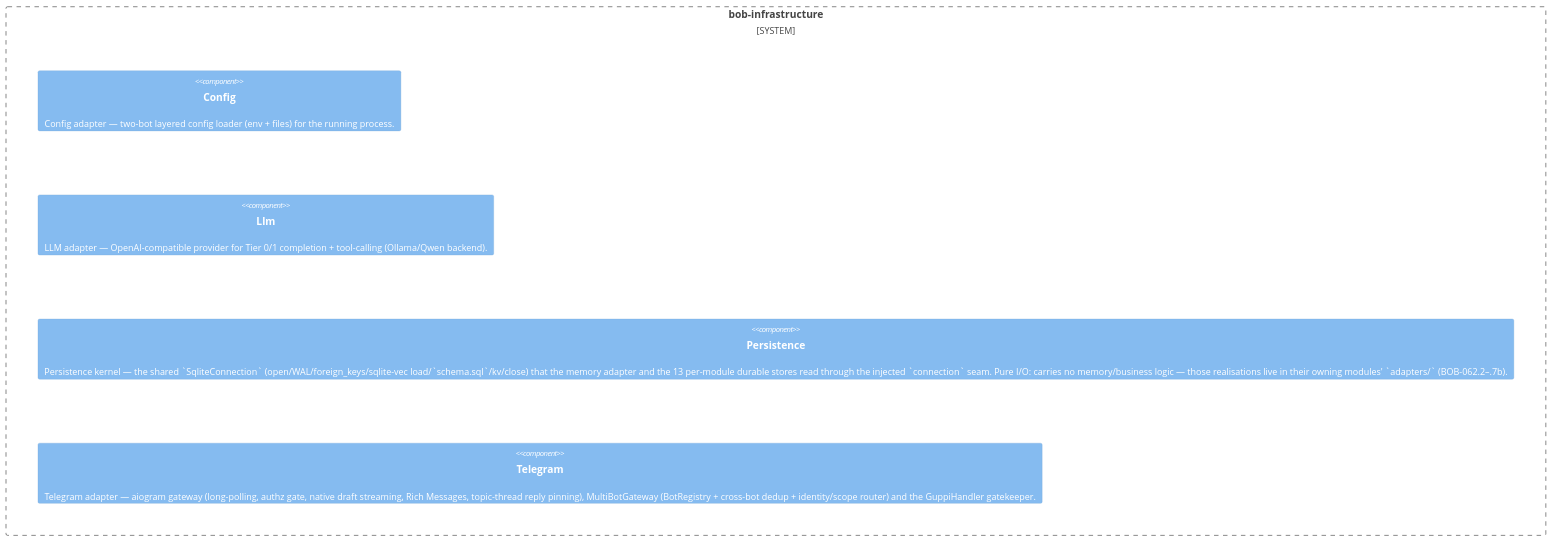
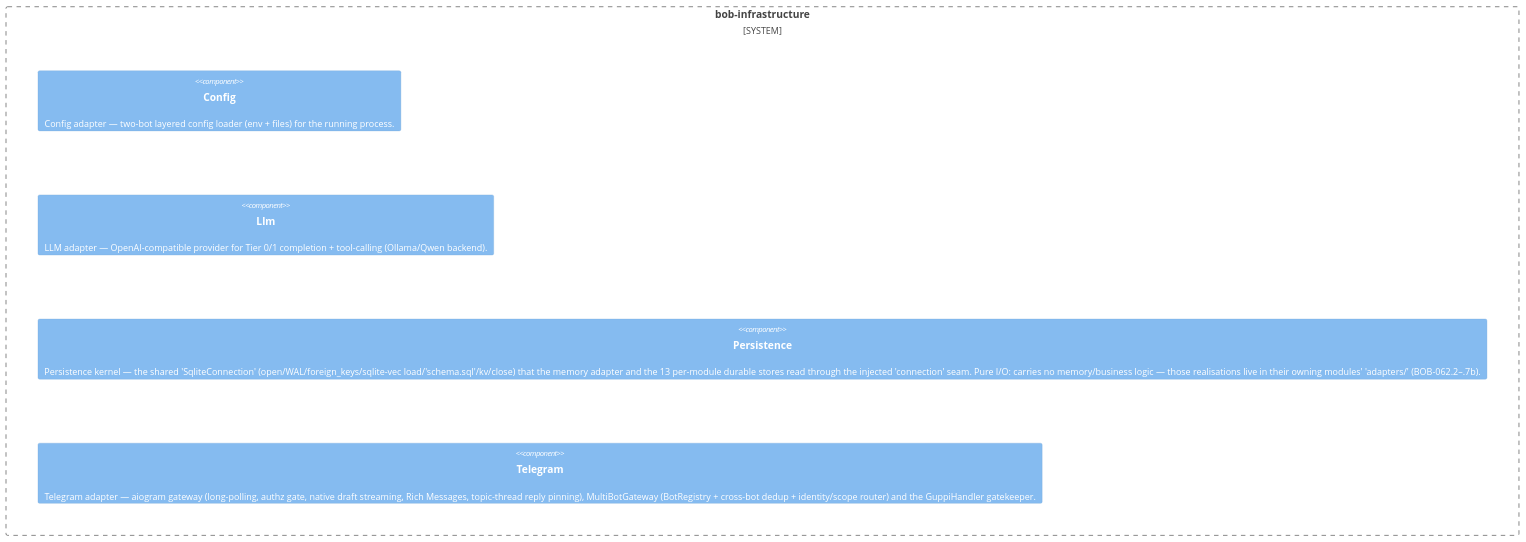
Before and after one commit to zoologov/bob: the diagram in site/domains/bob-infrastructure.md, drawn with Mermaid. The commit also changed 24 other files, not shown here.

First line of the commit message:
[docs] pages: рендер C4-mermaid (санитайз спецсимволов + vite ssr) + главная с навигацией

````diff
--- a/site/domains/bob-infrastructure.md
+++ b/site/domains/bob-infrastructure.md
@@ -62,9 +62,9 @@
 ```mermaid
 C4Container
     System_Boundary(bob_infrastructure_boundary, "bob-infrastructure") {
         Component(config, "Config", "", "Config adapter — two-bot layered config loader (env + files) for the running process.")
         Component(llm, "Llm", "", "LLM adapter — OpenAI-compatible provider for Tier 0/1 completion + tool-calling (Ollama/Qwen backend).")
-        Component(persistence, "Persistence", "", "Persistence kernel — the shared `SqliteConnection` (open/WAL/foreign_keys/sqlite-vec load/`schema.sql`/kv/close) that the memory adapter and the 13 per-module durable stores read through the injected `connection` seam. Pure I/O: carries no memory/business logic — those realisations live in their owning modules' `adapters/` (BOB-062.2–.7b).")
+        Component(persistence, "Persistence", "", "Persistence kernel — the shared 'SqliteConnection' (open/WAL/foreign_keys/sqlite-vec load/'schema.sql'/kv/close) that the memory adapter and the 13 per-module durable stores read through the injected 'connection' seam. Pure I/O: carries no memory/business logic — those realisations live in their owning modules' 'adapters/' (BOB-062.2–.7b).")
         Component(telegram, "Telegram", "", "Telegram adapter — aiogram gateway (long-polling, authz gate, native draft streaming, Rich Messages, topic-thread reply pinning), MultiBotGateway (BotRegistry + cross-bot dedup + identity/scope router) and the GuppiHandler gatekeeper.")
     }
 ```
````
